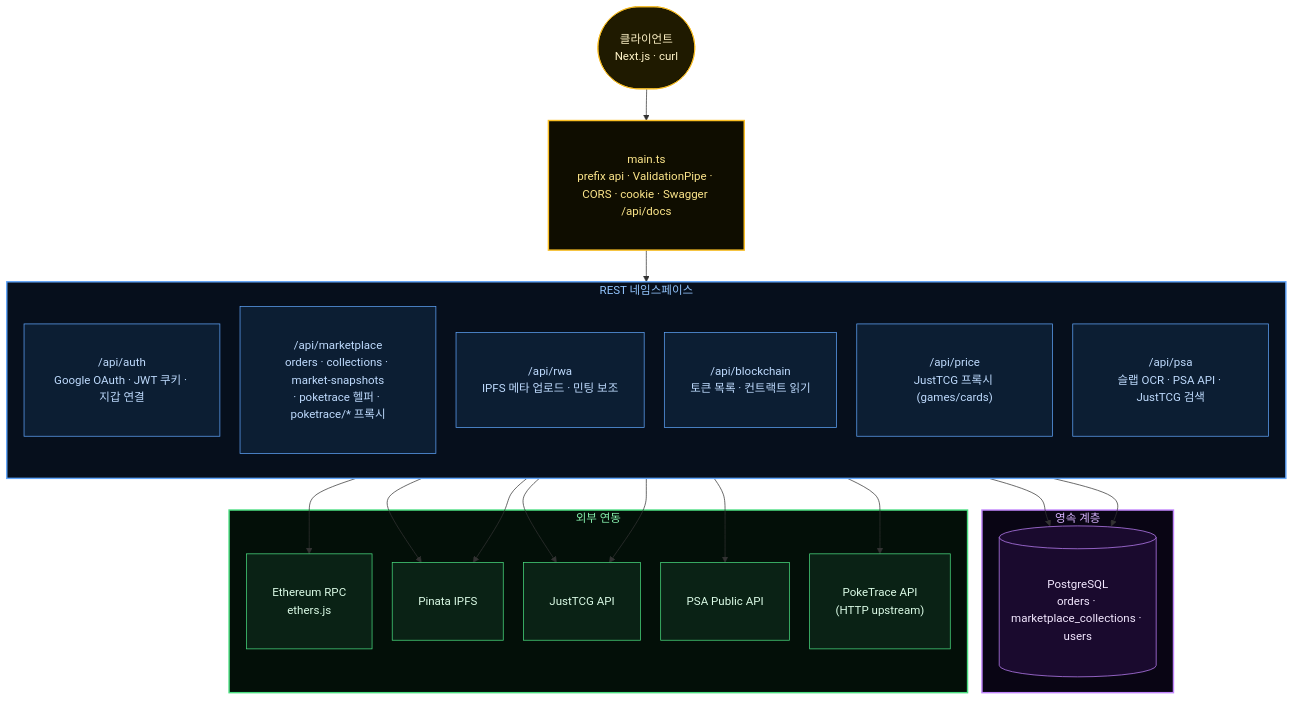
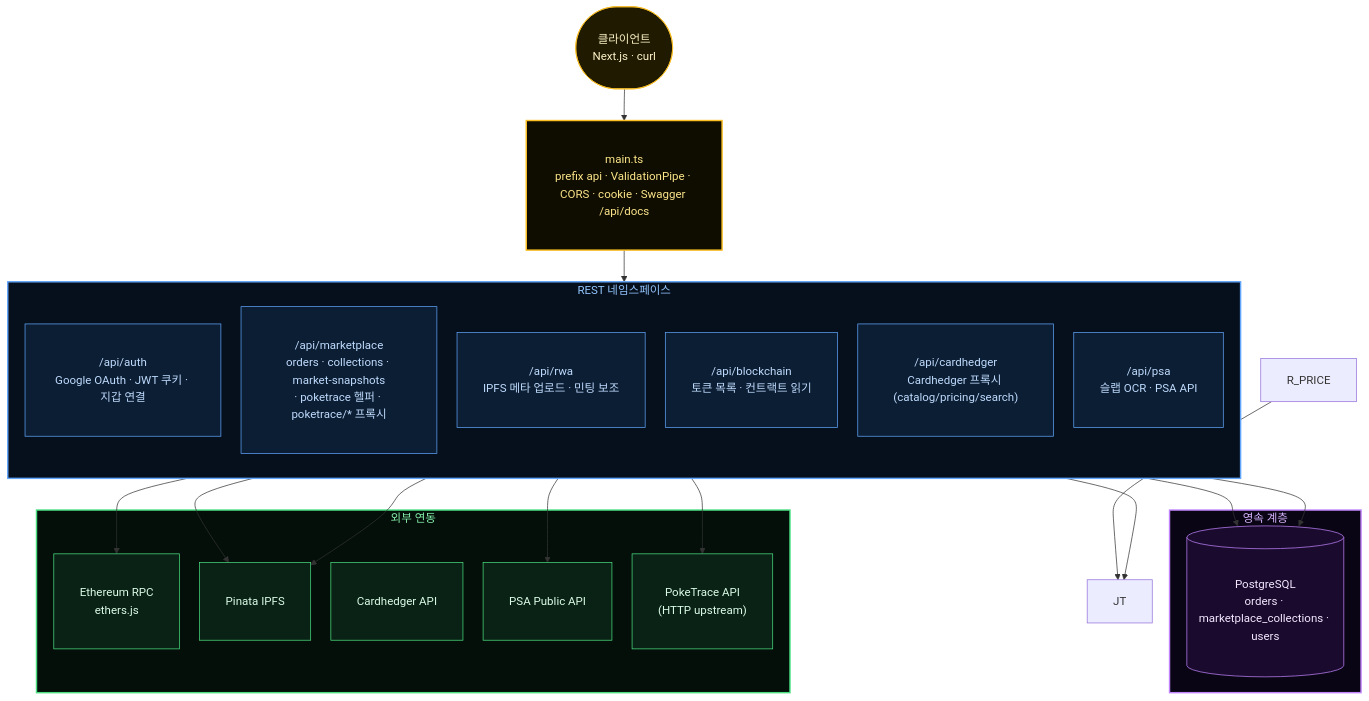
One commit to tokenable-dev/tokenable-dev changed the ninth of 11 diagrams in docs/diagrams/marketplace-lifecycle.md. Above: the diagram before and after it, drawn with Mermaid. The commit also changed other lines of this file and 178 other files, not shown here.

Commit message:
feat: tokenable V2: change Main API using Cardhedger

````diff
--- a/docs/diagrams/marketplace-lifecycle.md
+++ b/docs/diagrams/marketplace-lifecycle.md
@@ -658,51 +658,51 @@
 ```mermaid
 %%{init: {'flowchart': {'rankSpacing': 44, 'nodeSpacing': 28, 'padding': 18}}}%%
 flowchart TD
     classDef entry fill:#1f1a00,stroke:#fbbf24,color:#fef3c7,padding:8px 14px
     classDef route fill:#0c1e33,stroke:#60a5fa,color:#bfdbfe,padding:8px 14px
     classDef data  fill:#1a0a2e,stroke:#c084fc,color:#f3e8ff,padding:8px 14px
     classDef ext   fill:#0a2215,stroke:#4ade80,color:#dcfce7,padding:8px 14px
 
     CLIENT(["클라이언트<br/>Next.js · curl"]):::entry
 
     GATE["main.ts<br/>prefix api · ValidationPipe · CORS · cookie · Swagger /api/docs"]:::entry
 
     subgraph REST ["REST 네임스페이스"]
         direction TB
         R_AUTH["/api/auth<br/>Google OAuth · JWT 쿠키 · 지갑 연결"]:::route
         R_MKT["/api/marketplace<br/>orders · collections · market-snapshots<br/>· poketrace 헬퍼 · poketrace/* 프록시"]:::route
         R_RWA["/api/rwa<br/>IPFS 메타 업로드 · 민팅 보조"]:::route
         R_BC["/api/blockchain<br/>토큰 목록 · 컨트랙트 읽기"]:::route
-        R_PRICE["/api/price<br/>JustTCG 프록시 (games/cards)"]:::route
-        R_PSA["/api/psa<br/>슬랩 OCR · PSA API · JustTCG 검색"]:::route
+        R_CH["/api/cardhedger<br/>Cardhedger 프록시 (catalog/pricing/search)"]:::route
+        R_PSA["/api/psa<br/>슬랩 OCR · PSA API"]:::route
     end
 
     subgraph PERSIST ["영속 계층"]
         PG[("PostgreSQL<br/>orders · marketplace_collections · users")]:::data
     end
 
     subgraph OUT ["외부 연동"]
         ETH["Ethereum RPC<br/>ethers.js"]:::ext
         PIN["Pinata IPFS"]:::ext
-        JT["JustTCG API"]:::ext
+        CH["Cardhedger API"]:::ext
         PSAHTTP["PSA Public API"]:::ext
         PTR["PokeTrace API<br/>(HTTP upstream)"]:::ext
     end
 
     CLIENT --> GATE
     GATE --> REST
     R_MKT --> PG
     R_MKT --> PTR
     R_AUTH --> PG
     R_RWA --> PIN
     R_BC --> ETH
     R_PRICE --> JT
     R_PSA --> PIN
     R_PSA --> JT
     R_PSA --> PSAHTTP
 
     style GATE fill:#0f0d00,stroke:#fbbf24,stroke-width:2px,color:#fde68a
     style REST fill:#060f1c,stroke:#60a5fa,stroke-width:2px,color:#93c5fd
     style PERSIST fill:#090514,stroke:#c084fc,stroke-width:2px,color:#d8b4fe
     style OUT fill:#030f08,stroke:#4ade80,stroke-width:2px,color:#86efac
 ```
````
